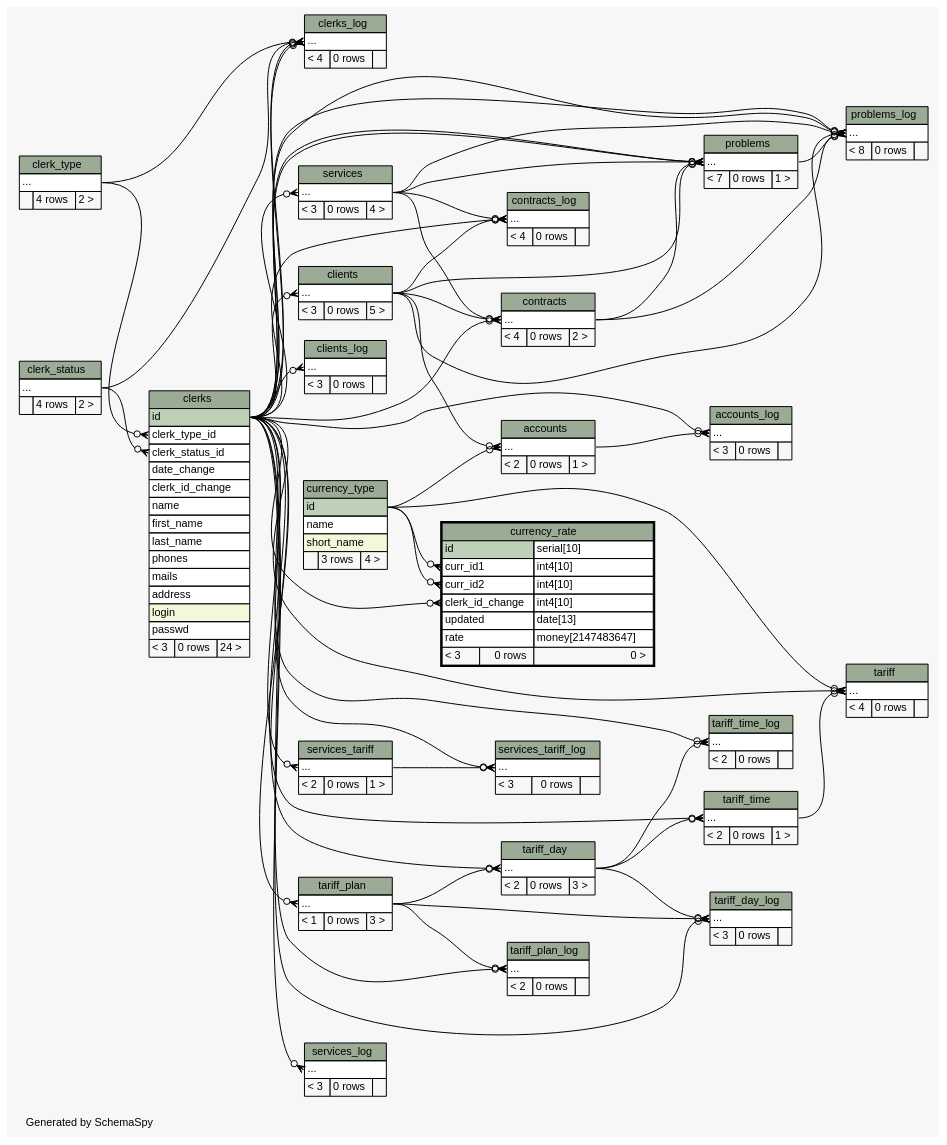
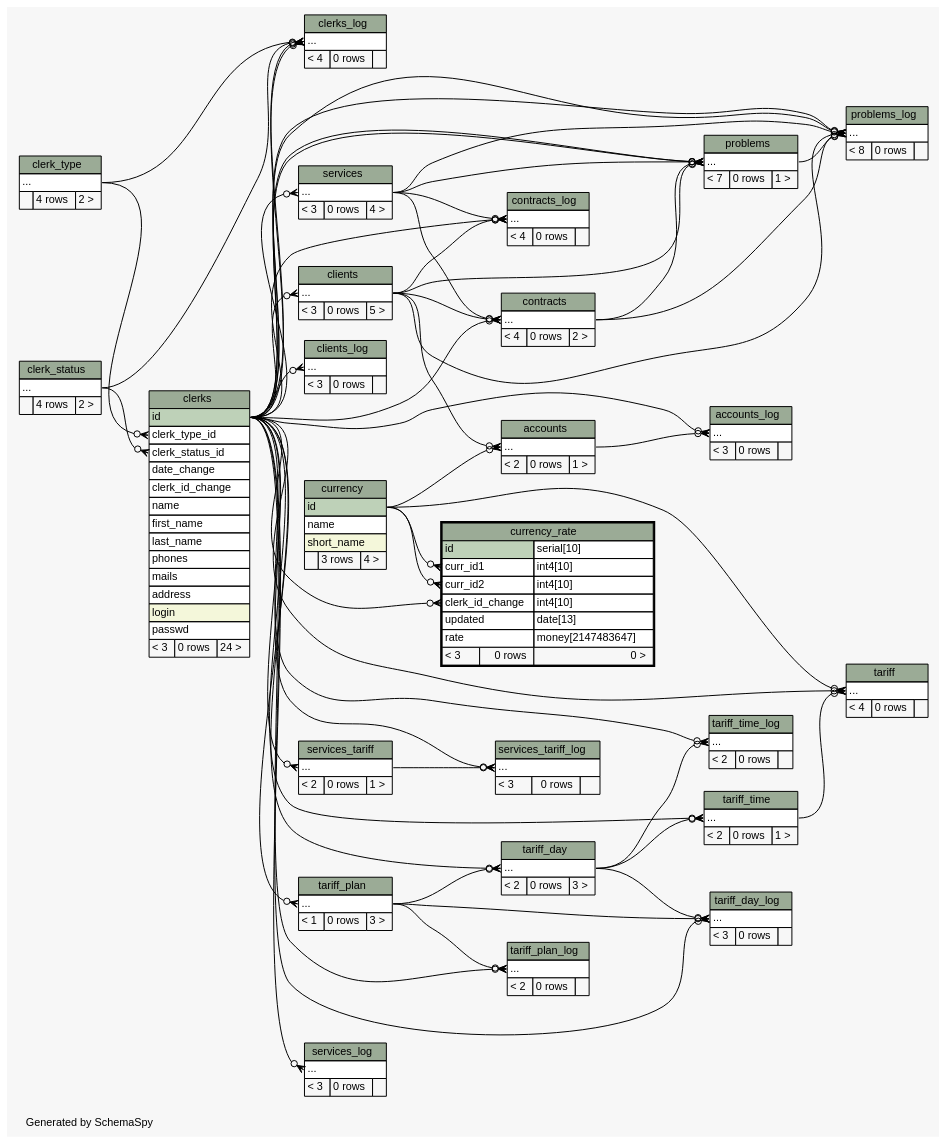
The diagram in db_schema/diagrams/currency_rate.2degrees.dot (okharch/avox), drawn with Graphviz before and after one commit. The commit also changed 70 other files, not shown here.

```diff
--- a/db_schema/diagrams/currency_rate.2degrees.dot
+++ b/db_schema/diagrams/currency_rate.2degrees.dot
@@ -20,7 +20,7 @@
     arrowsize="0.8"
   ];
   "accounts":"elipses":w -> "clients":"elipses":e [arrowhead=none dir=back arrowtail=crowodot];
-  "accounts":"elipses":w -> "currency_type":"id":e [arrowhead=none dir=back arrowtail=crowodot];
+  "accounts":"elipses":w -> "currency":"id":e [arrowhead=none dir=back arrowtail=crowodot];
   "accounts_log":"elipses":w -> "accounts":"elipses":e [arrowhead=none dir=back arrowtail=crowodot];
   "accounts_log":"elipses":w -> "clerks":"id":e [arrowhead=none dir=back arrowtail=crowodot];
   "clerks":"clerk_status_id":w -> "clerk_status":"elipses":e [arrowhead=none dir=back arrowtail=crowodot];
@@ -38,8 +38,8 @@
   "contracts_log":"elipses":w -> "clients":"elipses":e [arrowhead=none dir=back arrowtail=crowodot];
   "contracts_log":"elipses":w -> "services":"elipses":e [arrowhead=none dir=back arrowtail=crowodot];
   "currency_rate":"clerk_id_change":w -> "clerks":"id":e [arrowhead=none dir=back arrowtail=crowodot];
-  "currency_rate":"curr_id1":w -> "currency_type":"id":e [arrowhead=none dir=back arrowtail=crowodot];
-  "currency_rate":"curr_id2":w -> "currency_type":"id":e [arrowhead=none dir=back arrowtail=crowodot];
+  "currency_rate":"curr_id1":w -> "currency":"id":e [arrowhead=none dir=back arrowtail=crowodot];
+  "currency_rate":"curr_id2":w -> "currency":"id":e [arrowhead=none dir=back arrowtail=crowodot];
   "problems":"elipses":w -> "clerks":"id":e [arrowhead=none dir=back arrowtail=crowodot];
   "problems":"elipses":w -> "clerks":"id":e [arrowhead=none dir=back arrowtail=crowodot];
   "problems":"elipses":w -> "clients":"elipses":e [arrowhead=none dir=back arrowtail=crowodot];
@@ -57,7 +57,7 @@
   "services_tariff_log":"elipses":w -> "clerks":"id":e [arrowhead=none dir=back arrowtail=crowodot];
   "services_tariff_log":"elipses":w -> "services_tariff":"elipses":e [arrowhead=none dir=back arrowtail=crowodot];
   "tariff":"elipses":w -> "clerks":"id":e [arrowhead=none dir=back arrowtail=crowodot];
-  "tariff":"elipses":w -> "currency_type":"id":e [arrowhead=none dir=back arrowtail=crowodot];
+  "tariff":"elipses":w -> "currency":"id":e [arrowhead=none dir=back arrowtail=crowodot];
   "tariff":"elipses":w -> "tariff_time":"elipses":e [arrowhead=none dir=back arrowtail=crowodot];
   "tariff_day":"elipses":w -> "clerks":"id":e [arrowhead=none dir=back arrowtail=crowodot];
   "tariff_day":"elipses":w -> "tariff_plan":"elipses":e [arrowhead=none dir=back arrowtail=crowodot];
@@ -183,6 +183,18 @@
     URL="contracts_log.html"
     tooltip="contracts_log"
   ];
+  "currency" [
+    label=<
+    <TABLE BORDER="0" CELLBORDER="1" CELLSPACING="0" BGCOLOR="#ffffff">
+      <TR><TD COLSPAN="3" BGCOLOR="#9bab96" ALIGN="CENTER">currency</TD></TR>
+      <TR><TD PORT="id" COLSPAN="3" BGCOLOR="#bed1b8" ALIGN="LEFT">id</TD></TR>
+      <TR><TD PORT="name" COLSPAN="3" ALIGN="LEFT">name</TD></TR>
+      <TR><TD PORT="short_name" COLSPAN="3" BGCOLOR="#f4f7da" ALIGN="LEFT">short_name</TD></TR>
+      <TR><TD ALIGN="LEFT" BGCOLOR="#f7f7f7">  </TD><TD ALIGN="RIGHT" BGCOLOR="#f7f7f7">3 rows</TD><TD ALIGN="RIGHT" BGCOLOR="#f7f7f7">4 &gt;</TD></TR>
+    </TABLE>>
+    URL="currency.html"
+    tooltip="currency"
+  ];
   "currency_rate" [
     label=<
     <TABLE BORDER="2" CELLBORDER="1" CELLSPACING="0" BGCOLOR="#ffffff">
@@ -197,18 +209,6 @@
     </TABLE>>
     URL="currency_rate.html"
     tooltip="currency_rate"
-  ];
-  "currency_type" [
-    label=<
-    <TABLE BORDER="0" CELLBORDER="1" CELLSPACING="0" BGCOLOR="#ffffff">
-      <TR><TD COLSPAN="3" BGCOLOR="#9bab96" ALIGN="CENTER">currency_type</TD></TR>
-      <TR><TD PORT="id" COLSPAN="3" BGCOLOR="#bed1b8" ALIGN="LEFT">id</TD></TR>
-      <TR><TD PORT="name" COLSPAN="3" ALIGN="LEFT">name</TD></TR>
-      <TR><TD PORT="short_name" COLSPAN="3" BGCOLOR="#f4f7da" ALIGN="LEFT">short_name</TD></TR>
-      <TR><TD ALIGN="LEFT" BGCOLOR="#f7f7f7">  </TD><TD ALIGN="RIGHT" BGCOLOR="#f7f7f7">3 rows</TD><TD ALIGN="RIGHT" BGCOLOR="#f7f7f7">4 &gt;</TD></TR>
-    </TABLE>>
-    URL="currency_type.html"
-    tooltip="currency_type"
   ];
   "problems" [
     label=<
```
